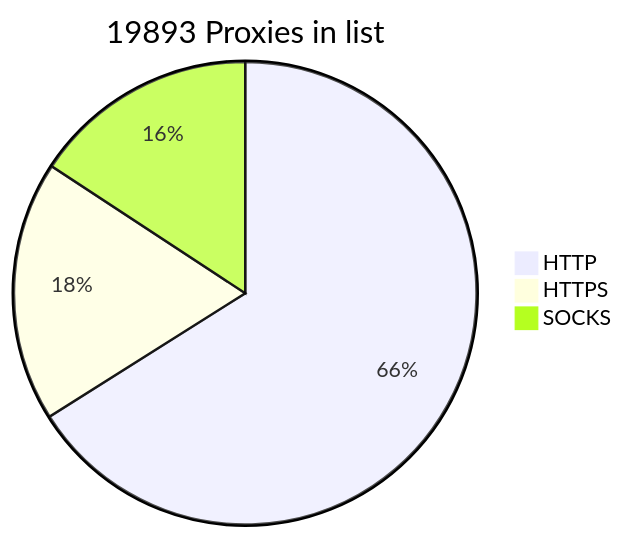
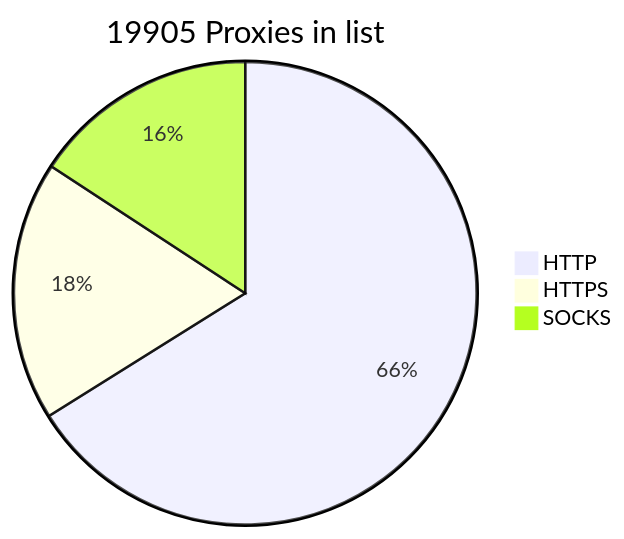
The diagram in README.md (BlackSnowDot/proxylist-update-every-minute), drawn with Mermaid before and after one commit. The commit also changed other lines of this file, not shown here.

````diff
--- a/README.md
+++ b/README.md
@@ -2,6 +2,6 @@
 ```mermaid
-pie title 19893 Proxies in list
-    "HTTP" : 14555
-    "HTTPS": 4009
-    "SOCKS" : 3473
+pie title 19905 Proxies in list
+    "HTTP" : 14586
+    "HTTPS": 3998
+    "SOCKS" : 3481
 ```
````
